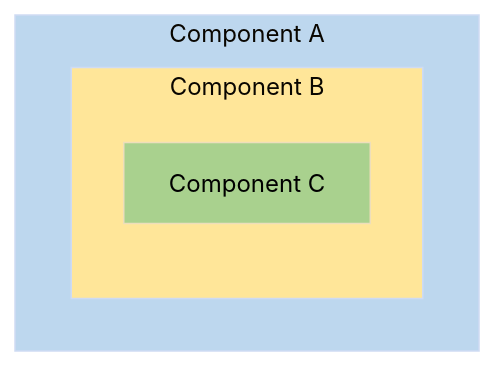
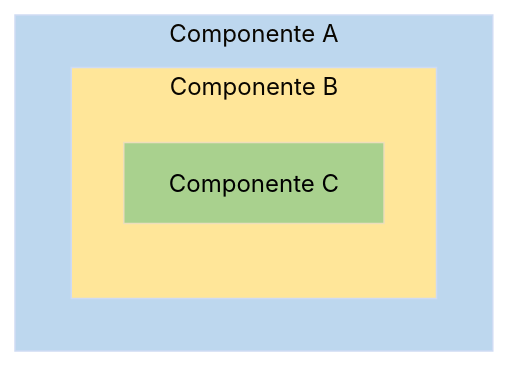
One commit to angular-hispano/angular-docs-es changed the second of 3 diagrams in adev-es/src/content/guide/di/hierarchical-dependency-injection.md. Above: the diagram before and after it, drawn with Mermaid (base theme). The commit also changed other lines of this file and 16 other files, not shown here.

````diff
--- a/adev-es/src/content/guide/di/hierarchical-dependency-injection.md
+++ b/adev-es/src/content/guide/di/hierarchical-dependency-injection.md
@@ -1125,14 +1125,14 @@
 ```mermaid
 graph TD;
-subgraph COMPONENT_A[Component A]
-subgraph COMPONENT_B[Component B]
-COMPONENT_C[Component C]
+subgraph COMPONENT_A[Componente A]
+subgraph COMPONENT_B[Componente B]
+COMPONENT_C[Componente C]
 end
 end
 
 style COMPONENT_A fill:#BDD7EE
 style COMPONENT_B fill:#FFE699
 style COMPONENT_C fill:#A9D18E,color:#000
 classDef noShadow filter:none
 class COMPONENT_A,COMPONENT_B,COMPONENT_C noShadow
 ```
````
